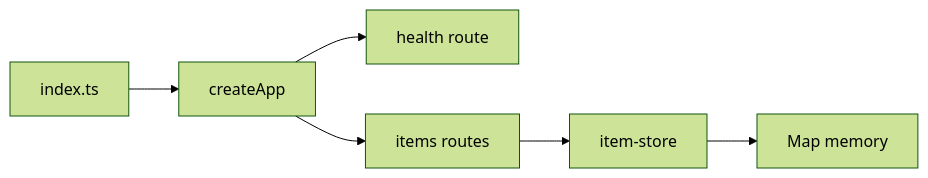
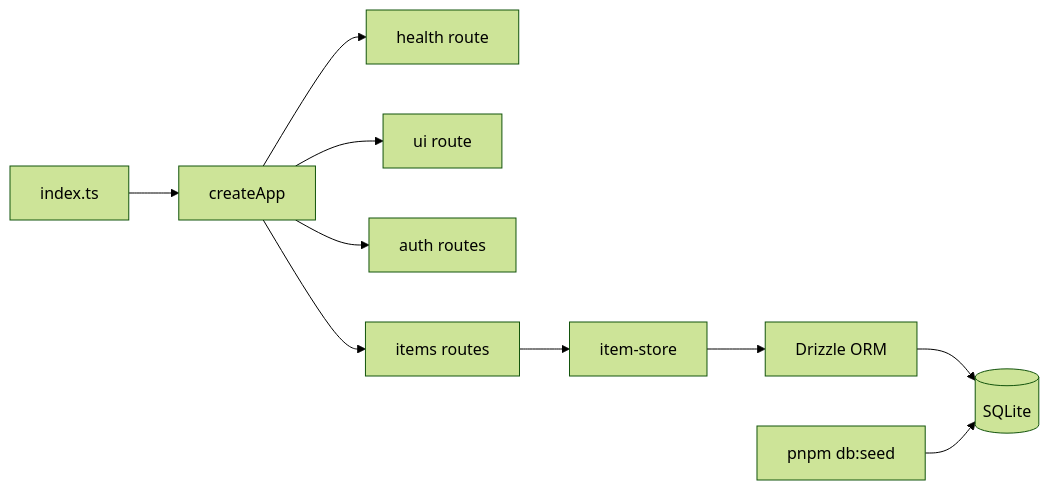
Before and after one commit to streamwhite/corymb: the diagram in features-logs/hono-server-crud.md, drawn with Mermaid (forest theme). The commit also changed other lines of this file and 36 other files, not shown here.

````diff
--- a/features-logs/hono-server-crud.md
+++ b/features-logs/hono-server-crud.md
@@ -5,8 +5,12 @@
 ```mermaid
 flowchart LR
   A[index.ts] --> B[createApp]
   B --> C[health route]
-  B --> D[items routes]
-  D --> E[item-store]
-  E --> F[Map memory]
+  B --> U[ui route]
+  B --> D[auth routes]
+  B --> E[items routes]
+  E --> F[item-store]
+  F --> G[Drizzle ORM]
+  G --> H[(SQLite)]
+  I[pnpm db:seed] --> H
 ```
````
